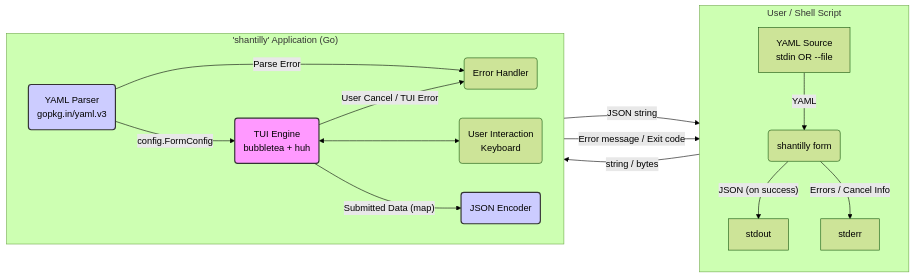
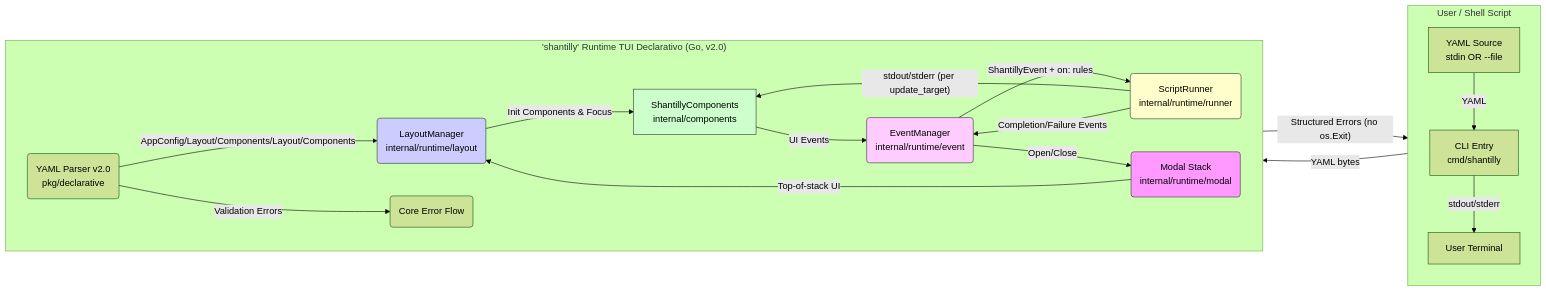
The first of 2 diagrams in docs/architecture/high-level-architecture.md (helton-godoy/shantilly-old-melhor-2), drawn with Mermaid (forest theme) before and after one commit. The commit also changed other lines of this file and 80 other files, not shown here.

Commit message:
chore(governanca): consolidar runtime TUI v2.0, QA Waves 4-7 e orquestrador MCP

````diff
--- a/docs/architecture/high-level-architecture.md
+++ b/docs/architecture/high-level-architecture.md
@@ -28,28 +66,33 @@
 ```mermaid
 graph LR
     subgraph "User / Shell Script"
         direction TB
-        YAML_SRC[YAML Source<br/>stdin OR --file] -- YAML --> CLI(shantilly form)
-        CLI -- JSON (on success) --> STDOUT[stdout]
-        CLI -- Errors / Cancel Info --> STDERR[stderr]
+        YAML_SRC[YAML Source<br/>stdin OR --file] -- YAML --> CLI(shantilly)
+        CLI -- stdout/stderr --> USER_TERM[User Terminal]
     end
 
-    subgraph "'shantilly' Application (Go)"
+    subgraph "'shantilly' Runtime TUI Declarativo (Go, v2.0)"
         direction LR
-        CLI -- string / bytes --> PARSER(YAML Parser<br/>gopkg.in/yaml.v3)
-        PARSER -- config.FormConfig --> TUI(TUI Engine<br/>bubbletea + huh)
-        PARSER -- Parse Error --> ERR(Error Handler)
 
-        TUI <--> USER_INTERACTION(User Interaction<br/>Keyboard)
+        CLI[CLI Entry<br/>cmd/shantilly] -- YAML bytes --> PARSER(YAML Parser v2.0<br/>pkg/declarative)
+        PARSER -- AppConfig/Layout/Components/Layout/Components --> LAYOUT(LayoutManager<br/>internal/runtime/layout)
+        PARSER -- Validation Errors --> ERR_CORE(Core Error Flow)
 
-        TUI -- Submitted Data (map) --> ENCODER(JSON Encoder)
-        TUI -- User Cancel / TUI Error --> ERR
+        LAYOUT -- Init Components & Focus --> COMPONENTS[ShantillyComponents<br/>internal/components]
+        COMPONENTS -- UI Events --> EVENT(EventManager<br/>internal/runtime/event)
+        EVENT -- ShantillyEvent + on: rules --> RUNNER(ScriptRunner<br/>internal/runtime/runner)
+        EVENT -- Open/Close --> MODAL(Modal Stack<br/>internal/runtime/modal)
 
-        ENCODER -- JSON string --> CLI
-        ERR -- Error message / Exit code --> CLI
+        RUNNER -- stdout/stderr (per update_target) --> COMPONENTS
+        RUNNER -- Completion/Failure Events --> EVENT
+        MODAL -- Top-of-stack UI --> LAYOUT
+
+        ERR_CORE -- Structured Errors (no os.Exit) --> CLI
     end
 
-    style TUI fill:#f9f,stroke:#333,stroke-width:2px
-    style PARSER fill:#ccf,stroke:#333,stroke-width:2px
-    style ENCODER fill:#ccf,stroke:#333,stroke-width:2px
+    style LAYOUT fill:#ccf,stroke:#333,stroke-width:1px
+    style COMPONENTS fill:#cfc,stroke:#333,stroke-width:1px
+    style EVENT fill:#fcf,stroke:#333,stroke-width:1px
+    style RUNNER fill:#ffc,stroke:#333,stroke-width:1px
+    style MODAL fill:#f9f,stroke:#333,stroke-width:1px
 ```
````
